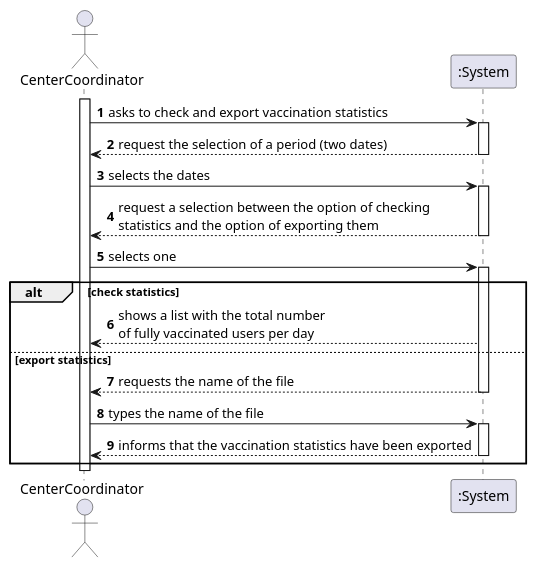
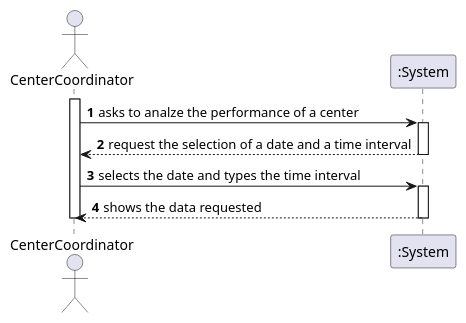
Before and after one commit to Pirussa/lei-22-s2-1da-g02: the diagram in docs/SprintD/US016/US015_SSD.puml, drawn with PlantUML. The commit also changed 9 other files, not shown here.

```diff
--- a/docs/SprintD/US016/US015_SSD.puml
+++ b/docs/SprintD/US016/US015_SSD.puml
@@ -1,38 +1,22 @@
 @startuml
 
 autonumber
 actor "CenterCoordinator" as CC
 
 activate CC
-CC -> ":System" : asks to check and export vaccination statistics
+
+CC -> ":System" : asks to analze the performance of a center
 
 activate ":System"
-":System" --> CC : request the selection of a period (two dates)
+":System" --> CC : request the selection of a date and a time interval
 deactivate ":System"
-CC -> ":System" : selects the dates
+CC -> ":System" : selects the date and types the time interval
 
 activate ":System"
-":System" --> CC : request a selection between the option of checking \nstatistics and the option of exporting them
+":System" --> CC : shows the data requested
 deactivate ":System"
 
-CC -> ":System" : selects one
-activate ":System"
-alt check statistics
-
- ":System" --> CC : shows a list with the total number \nof fully vaccinated users per day
-
-else export statistics
-
- ":System" --> CC : requests the name of the file
-deactivate ":System"
-CC-> ":System" : types the name of the file
-activate ":System"
-
- ":System" --> CC : informs that the vaccination statistics have been exported
-
-deactivate ":System"
-end
 
 deactivate CC
 
 @enduml
```
